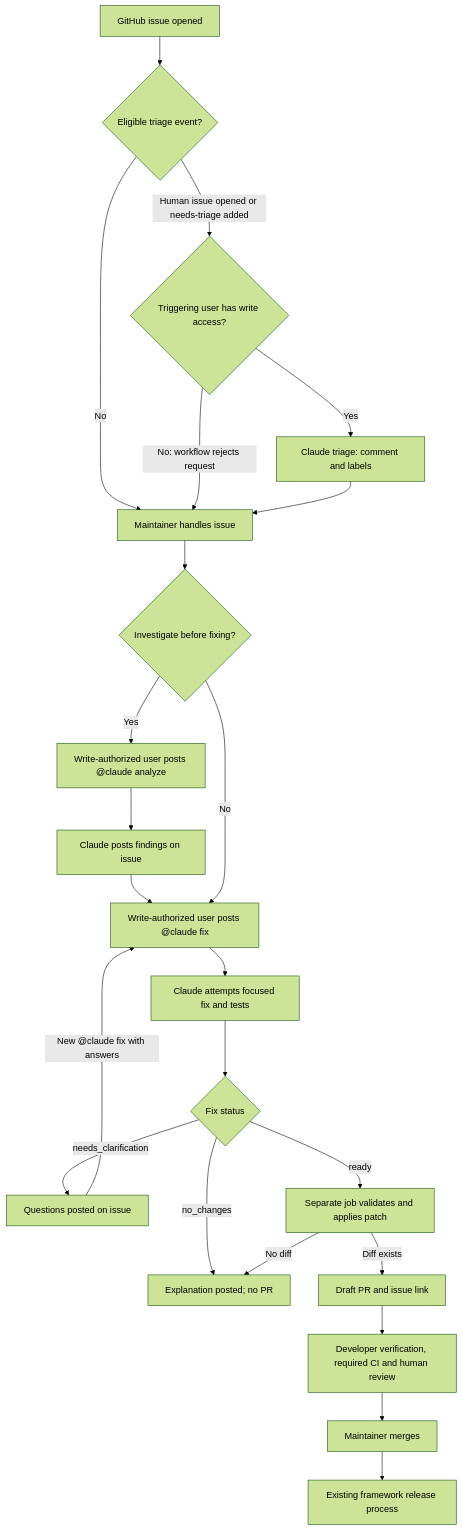
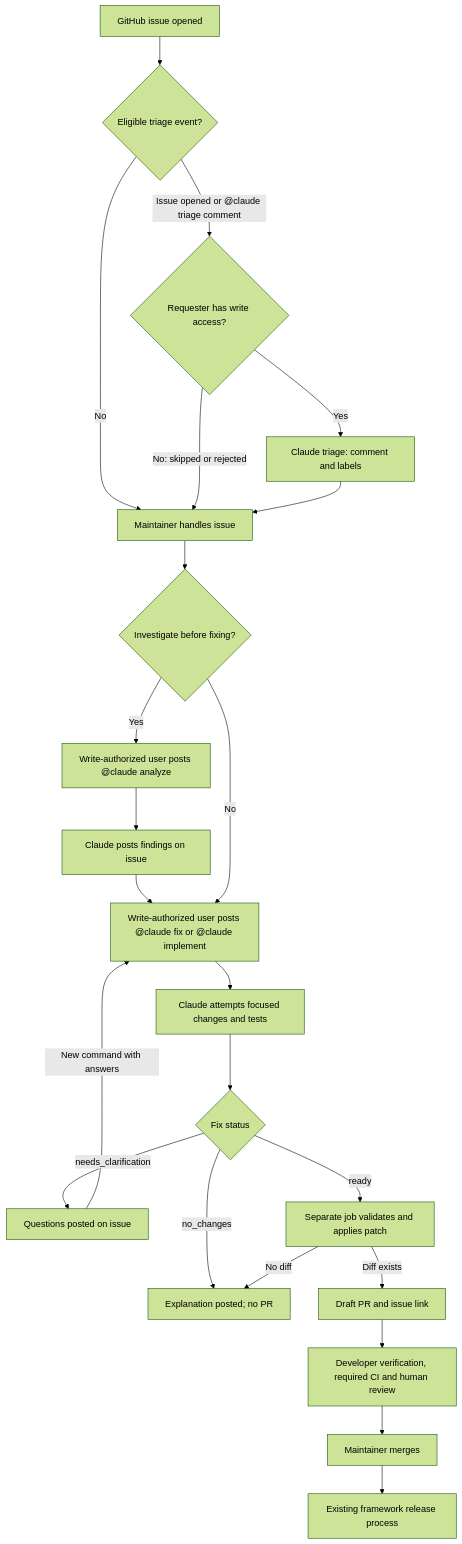
Before and after one commit to avioconsulting/shared-workflows: the diagram in FRAMEWORK_AI_MAINTENANCE_CURRENT_APPROACH.md, drawn with Mermaid (forest theme). The commit also changed other lines of this file and 5 other files, not shown here.

````diff
--- a/FRAMEWORK_AI_MAINTENANCE_CURRENT_APPROACH.md
+++ b/FRAMEWORK_AI_MAINTENANCE_CURRENT_APPROACH.md
@@ -11,25 +11,25 @@
 ```mermaid
 flowchart TD
     Issue[GitHub issue opened] --> TriageEvent{Eligible triage event?}
-    TriageEvent -->|Human issue opened or needs-triage added| TriageAuth{Triggering user has write access?}
+    TriageEvent -->|Issue opened or @claude triage comment| TriageAuth{Requester has write access?}
     TriageEvent -->|No| Human[Maintainer handles issue]
-    TriageAuth -->|No: workflow rejects request| Human
+    TriageAuth -->|No: skipped or rejected| Human
     TriageAuth -->|Yes| Triage[Claude triage: comment and labels]
     Triage --> Human
     Human --> Decision{Investigate before fixing?}
     Decision -->|Yes| AnalyzeCmd[Write-authorized user posts @claude analyze]
     AnalyzeCmd --> Analyze[Claude posts findings on issue]
     Analyze --> FixCmd
-    Decision -->|No| FixCmd[Write-authorized user posts @claude fix]
-    FixCmd --> Fix[Claude attempts focused fix and tests]
+    Decision -->|No| FixCmd[Write-authorized user posts @claude fix or @claude implement]
+    FixCmd --> Fix[Claude attempts focused changes and tests]
     Fix --> Status{Fix status}
     Status -->|needs_clarification| Questions[Questions posted on issue]
-    Questions -->|New @claude fix with answers| FixCmd
+    Questions -->|New command with answers| FixCmd
     Status -->|no_changes| Explanation[Explanation posted; no PR]
     Status -->|ready| Publish[Separate job validates and applies patch]
     Publish -->|Diff exists| PR[Draft PR and issue link]
     Publish -->|No diff| Explanation
     PR --> Review[Developer verification, required CI and human review]
     Review --> Merge[Maintainer merges]
     Merge --> Release[Existing framework release process]
 ```
````
